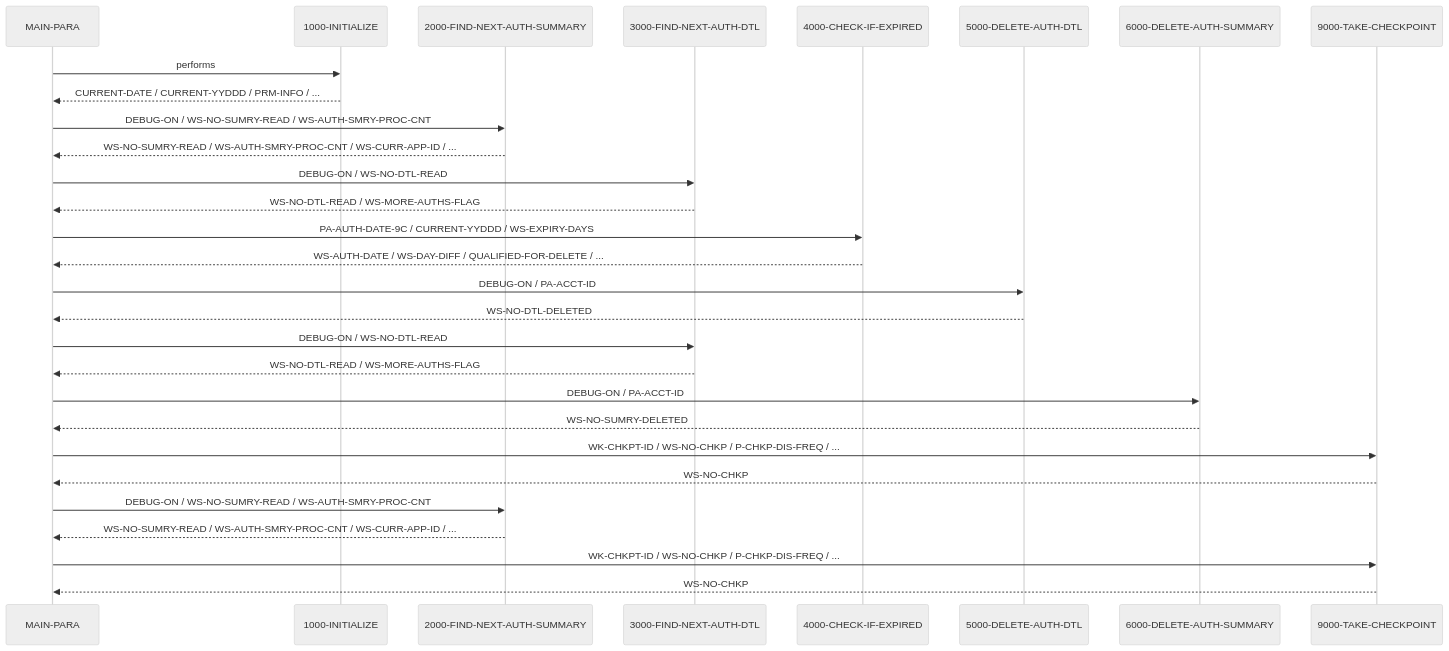
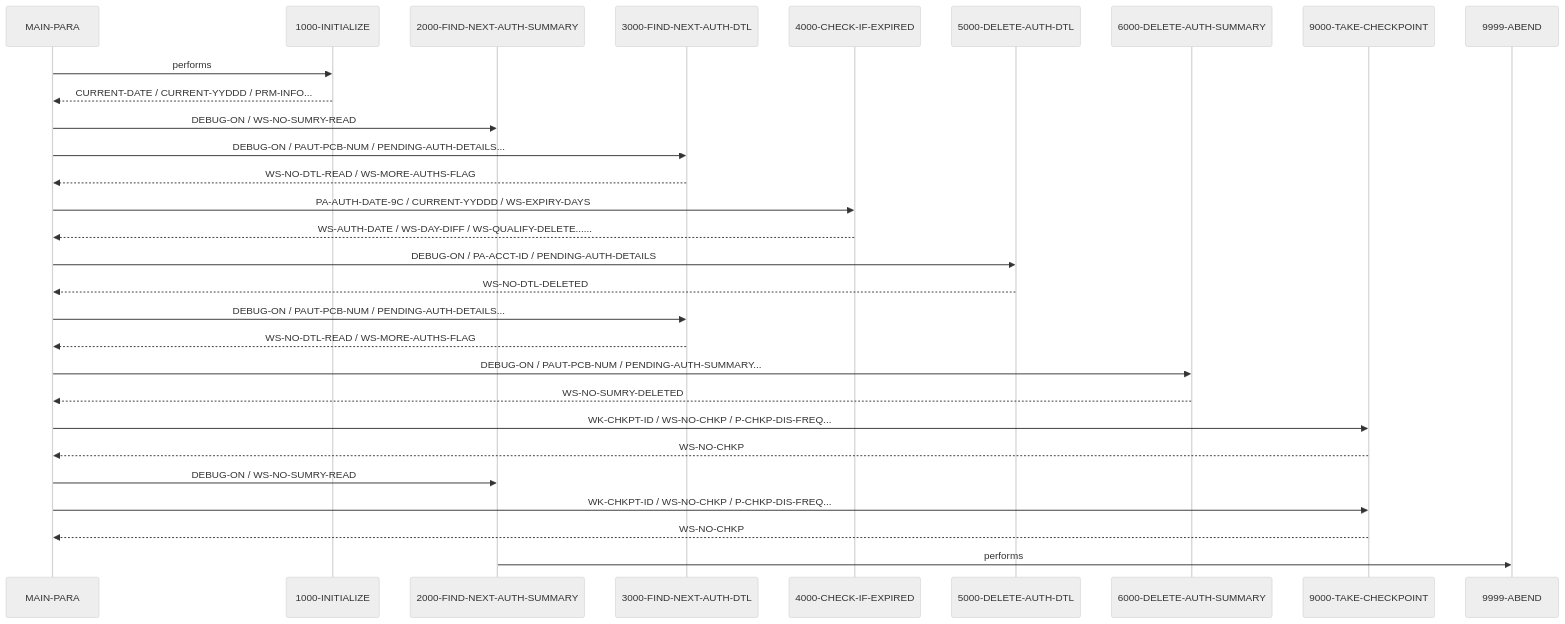
Before and after one commit to andrasfe/war_rig: the diagram in example_output/cbl/CBPAUP0C.cbl.md, drawn with Mermaid (neutral theme). The commit also changed other lines of this file and 189 other files, not shown here.

````diff
--- a/example_output/cbl/CBPAUP0C.cbl.md
+++ b/example_output/cbl/CBPAUP0C.cbl.md
@@ -143,31 +171,31 @@
 ```mermaid
 sequenceDiagram
     participant MAIN_PARA as MAIN-PARA
     participant 1000_INITIALIZE as 1000-INITIALIZE
     participant 2000_FIND_NEXT_AUTH_SUMMARY as 2000-FIND-NEXT-AUTH-SUMMARY
     participant 3000_FIND_NEXT_AUTH_DTL as 3000-FIND-NEXT-AUTH-DTL
     participant 4000_CHECK_IF_EXPIRED as 4000-CHECK-IF-EXPIRED
     participant 5000_DELETE_AUTH_DTL as 5000-DELETE-AUTH-DTL
     participant 6000_DELETE_AUTH_SUMMARY as 6000-DELETE-AUTH-SUMMARY
     participant 9000_TAKE_CHECKPOINT as 9000-TAKE-CHECKPOINT
+    participant 9999_ABEND as 9999-ABEND
     MAIN_PARA->>1000_INITIALIZE: performs
-    1000_INITIALIZE-->>MAIN_PARA: CURRENT-DATE / CURRENT-YYDDD / PRM-INFO / ...
-    MAIN_PARA->>2000_FIND_NEXT_AUTH_SUMMARY: DEBUG-ON / WS-NO-SUMRY-READ / WS-AUTH-SMRY-PROC-CNT
-    2000_FIND_NEXT_AUTH_SUMMARY-->>MAIN_PARA: WS-NO-SUMRY-READ / WS-AUTH-SMRY-PROC-CNT / WS-CURR-APP-ID / ...
-    MAIN_PARA->>3000_FIND_NEXT_AUTH_DTL: DEBUG-ON / WS-NO-DTL-READ
+    1000_INITIALIZE-->>MAIN_PARA: CURRENT-DATE / CURRENT-YYDDD / PRM-INFO...
+    MAIN_PARA->>2000_FIND_NEXT_AUTH_SUMMARY: DEBUG-ON / WS-NO-SUMRY-READ
+    MAIN_PARA->>3000_FIND_NEXT_AUTH_DTL: DEBUG-ON / PAUT-PCB-NUM / PENDING-AUTH-DETAILS...
     3000_FIND_NEXT_AUTH_DTL-->>MAIN_PARA: WS-NO-DTL-READ / WS-MORE-AUTHS-FLAG
     MAIN_PARA->>4000_CHECK_IF_EXPIRED: PA-AUTH-DATE-9C / CURRENT-YYDDD / WS-EXPIRY-DAYS
-    4000_CHECK_IF_EXPIRED-->>MAIN_PARA: WS-AUTH-DATE / WS-DAY-DIFF / QUALIFIED-FOR-DELETE / ...
-    MAIN_PARA->>5000_DELETE_AUTH_DTL: DEBUG-ON / PA-ACCT-ID
+    4000_CHECK_IF_EXPIRED-->>MAIN_PARA: WS-AUTH-DATE / WS-DAY-DIFF / WS-QUALIFY-DELETE......
+    MAIN_PARA->>5000_DELETE_AUTH_DTL: DEBUG-ON / PA-ACCT-ID / PENDING-AUTH-DETAILS
     5000_DELETE_AUTH_DTL-->>MAIN_PARA: WS-NO-DTL-DELETED
-    MAIN_PARA->>3000_FIND_NEXT_AUTH_DTL: DEBUG-ON / WS-NO-DTL-READ
+    MAIN_PARA->>3000_FIND_NEXT_AUTH_DTL: DEBUG-ON / PAUT-PCB-NUM / PENDING-AUTH-DETAILS...
     3000_FIND_NEXT_AUTH_DTL-->>MAIN_PARA: WS-NO-DTL-READ / WS-MORE-AUTHS-FLAG
-    MAIN_PARA->>6000_DELETE_AUTH_SUMMARY: DEBUG-ON / PA-ACCT-ID
+    MAIN_PARA->>6000_DELETE_AUTH_SUMMARY: DEBUG-ON / PAUT-PCB-NUM / PENDING-AUTH-SUMMARY...
     6000_DELETE_AUTH_SUMMARY-->>MAIN_PARA: WS-NO-SUMRY-DELETED
-    MAIN_PARA->>9000_TAKE_CHECKPOINT: WK-CHKPT-ID / WS-NO-CHKP / P-CHKP-DIS-FREQ / ...
+    MAIN_PARA->>9000_TAKE_CHECKPOINT: WK-CHKPT-ID / WS-NO-CHKP / P-CHKP-DIS-FREQ...
     9000_TAKE_CHECKPOINT-->>MAIN_PARA: WS-NO-CHKP
-    MAIN_PARA->>2000_FIND_NEXT_AUTH_SUMMARY: DEBUG-ON / WS-NO-SUMRY-READ / WS-AUTH-SMRY-PROC-CNT
-    2000_FIND_NEXT_AUTH_SUMMARY-->>MAIN_PARA: WS-NO-SUMRY-READ / WS-AUTH-SMRY-PROC-CNT / WS-CURR-APP-ID / ...
-    MAIN_PARA->>9000_TAKE_CHECKPOINT: WK-CHKPT-ID / WS-NO-CHKP / P-CHKP-DIS-FREQ / ...
+    MAIN_PARA->>2000_FIND_NEXT_AUTH_SUMMARY: DEBUG-ON / WS-NO-SUMRY-READ
+    MAIN_PARA->>9000_TAKE_CHECKPOINT: WK-CHKPT-ID / WS-NO-CHKP / P-CHKP-DIS-FREQ...
     9000_TAKE_CHECKPOINT-->>MAIN_PARA: WS-NO-CHKP
+    2000_FIND_NEXT_AUTH_SUMMARY->>9999_ABEND: performs
 ```
````
